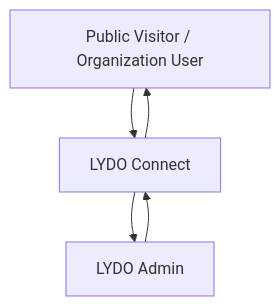
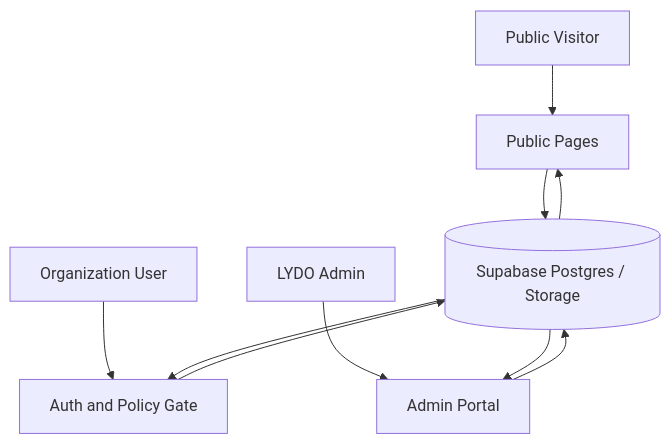
The diagram in Methodology/data flow diagram.md (txiaoqt/lydo-connect-org-focused), drawn with Mermaid before and after one commit. The commit also changed other lines of this file and 4 other files, not shown here.

````diff
--- a/Methodology/data flow diagram.md
+++ b/Methodology/data flow diagram.md
@@ -7,7 +7,14 @@
 ```mermaid
 flowchart TD
-    U[Public Visitor / Organization User] --> P0[LYDO Connect]
-    A[LYDO Admin] --> P0
-    P0 --> U
-    P0 --> A
+    PV[Public Visitor] --> PUB[Public Pages]
+    OU[Organization User] --> AUTH[Auth and Policy Gate]
+    AD[LYDO Admin] --> ADMIN[Admin Portal]
+
+    PUB --> SP[(Supabase Postgres / Storage)]
+    AUTH --> SP
+    ADMIN --> SP
+
+    SP --> PUB
+    SP --> AUTH
+    SP --> ADMIN
 ```
````
